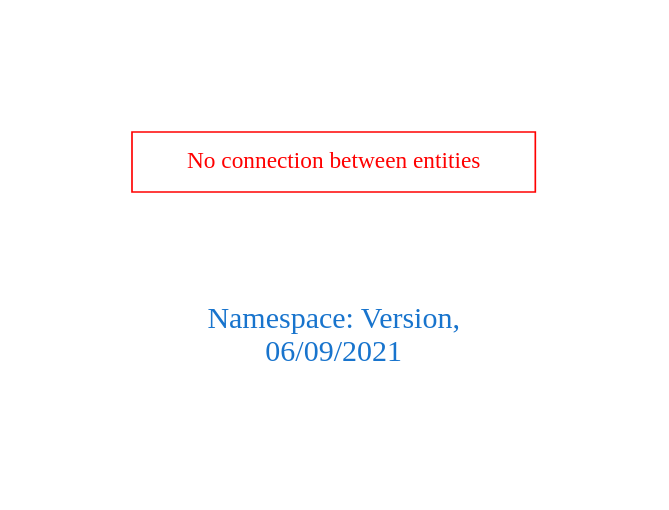
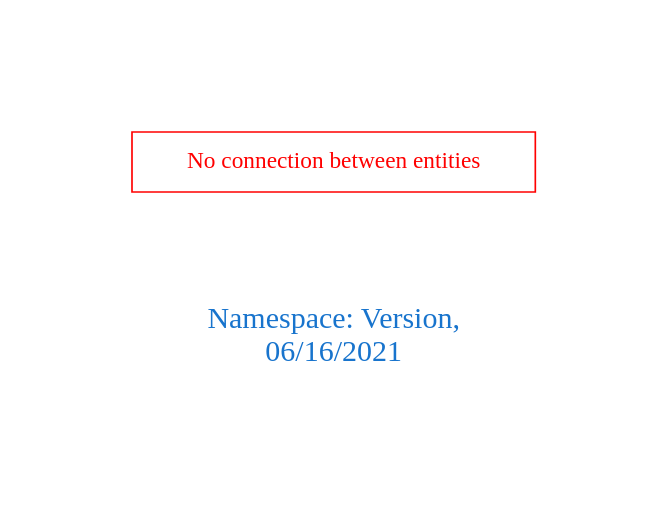
The diagram in downloads/Version.dot (arago/OGIT), drawn with Graphviz before and after one commit. The commit also changed 1884 other files, not shown here.

```diff
--- a/downloads/Version.dot
+++ b/downloads/Version.dot
@@ -1,9 +1,9 @@
 digraph OGIT_ontology {
  graph [ rankdir= LR,pad=1 
 fontsize = 18,
-fontcolor= dodgerblue3,label = "\n\n\nNamespace: Version, \n 06/09/2021"];
+fontcolor= dodgerblue3,label = "\n\n\nNamespace: Version, \n 06/16/2021"];
 node[shape=polygon];
 edge [  color="gray81"];
 
 "No connection between entities" [fontcolor = "red",color="red", shape="polygon"]
 }
```
